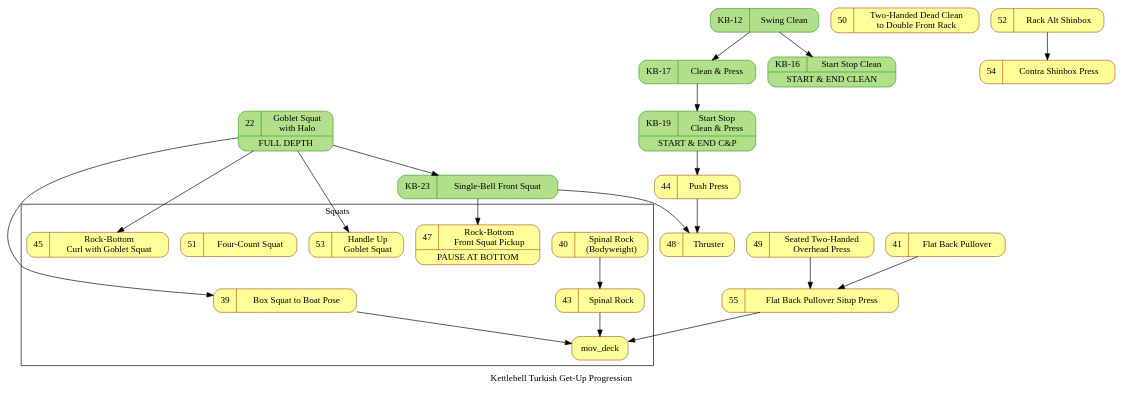
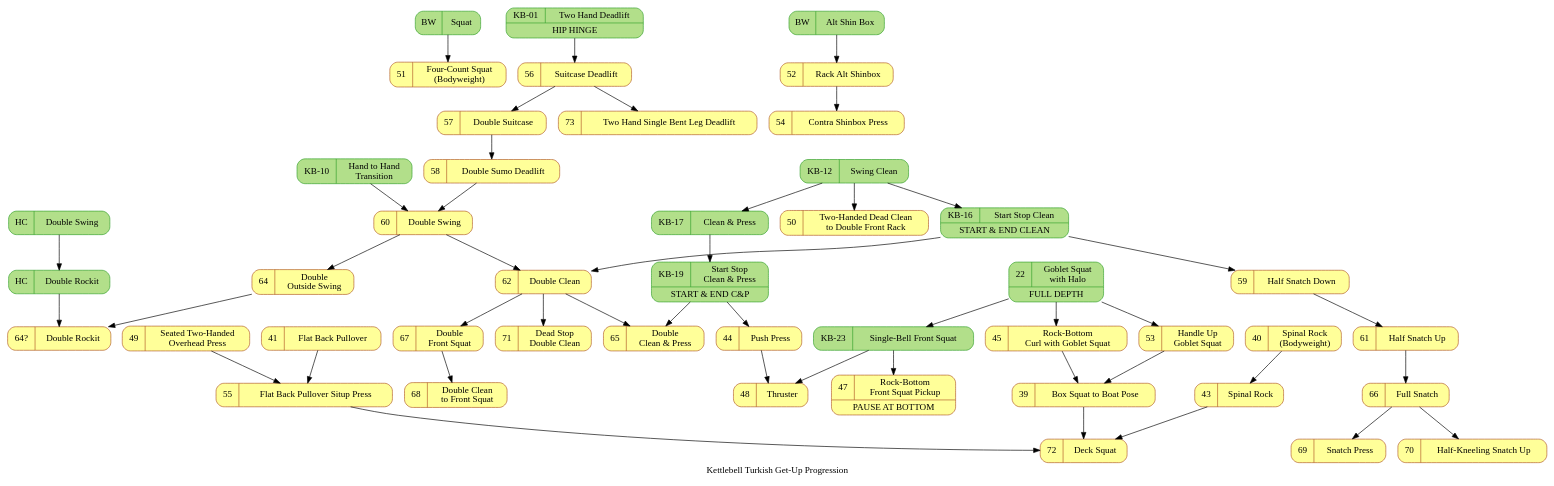
One commit to dznz/wildman-skill-trees changed the diagram in kb_progression_3.gv. Above: the diagram before and after it, drawn with Graphviz. The commit also changed 1 other file, not shown here.

```diff
--- a/kb_progression_3.gv
+++ b/kb_progression_3.gv
@@ -1,77 +1,132 @@
 digraph kb_progression {
   // Kettlebell Turkish Get-Up Progression Diagram © 2023
   // by dznz using knowledge from Mark Wildman is licensed
   // under CC BY-NC-SA 4.0 
   // http://creativecommons.org/licenses/by-nc-sa/4.0/
   label="Kettlebell Turkish Get-Up Progression"
   node [colorscheme="paired12"]
   node [shape=record]
   node [style="rounded,filled"]
   node [color=12, fillcolor=11]
 
   subgraph pre {
     node [color=4, fillcolor=3]
-    mov_gobsquathalo -> mov_racksquat
-    mov_cap, mov_startstopcap
-    mov_clean, mov_startstopclean
+    ext_bw_squat       [label="{{BW|Squat}}"]
+    ext_hc_dblswing    [label="{{HC|Double Swing}}"]
+    ext_hc_dblrockit   [label="{{HC|Double Rockit}}"]
+    ext_bw_altshinbox  [label="{{BW|Alt Shin Box}}"]
+    mov_deadlift       [label="{{KB-01|Two Hand Deadlift}|HIP HINGE}"               URL="https://www.youtube.com/watch?v=x0XkmM34BPI&list=PLk4oYPJ7TXKhX8YqA2AVrfgs_pEF6p7KA&index=1"];
+    mov_h2h            [label="{{KB-10|Hand to Hand\nTransition}}"                  URL="https://www.youtube.com/watch?v=0Uk0Rdm3QFs&list=PLk4oYPJ7TXKhX8YqA2AVrfgs_pEF6p7KA&index=10"]
+    mov_clean          [label="KB-12|Swing Clean"                                   URL="https://www.youtube.com/watch?v=_nIsSXWs5iU&list=PLk4oYPJ7TXKhX8YqA2AVrfgs_pEF6p7KA&index=12"]
+    mov_startstopclean [label="{{KB-16|Start Stop Clean}|START & END CLEAN}"        URL="https://www.youtube.com/watch?v=XbK3jxI0WNQ&list=PLk4oYPJ7TXKhX8YqA2AVrfgs_pEF6p7KA&index=16"]
+    mov_cap            [label="KB-17|Clean & Press"                                 URL="https://www.youtube.com/watch?v=SSxB3m5qRas&list=PLk4oYPJ7TXKhX8YqA2AVrfgs_pEF6p7KA&index=17"]
+    mov_startstopcap   [label="{{KB-19|Start Stop\nClean & Press}|START & END C&P}" URL="https://www.youtube.com/watch?v=dSj3kqbuois&list=PLk4oYPJ7TXKhX8YqA2AVrfgs_pEF6p7KA&index=19"]
+    mov_gobsquathalo   [label="{{22|Goblet Squat\nwith Halo}|FULL DEPTH}"           URL="https://www.youtube.com/watch?v=cnZ8Mx8NQPE&list=PLk4oYPJ7TXKhX8YqA2AVrfgs_pEF6p7KA&index=22"]
+    mov_racksquat      [label="{{KB-23|Single-Bell Front Squat}}"                   URL="https://www.youtube.com/watch?v=KTDVl0Lkdc4&list=PLk4oYPJ7TXKhX8YqA2AVrfgs_pEF6p7KA&index=23"]
   }
 
-  
-  // Precursor drills 
-  mov_clean [label="KB-12|Swing Clean" URL="https://www.youtube.com/watch?v=_nIsSXWs5iU&list=PLk4oYPJ7TXKhX8YqA2AVrfgs_pEF6p7KA&index=12"]
-  mov_startstopclean [label="{{KB-16|Start Stop Clean}|START & END CLEAN}" URL="https://www.youtube.com/watch?v=XbK3jxI0WNQ&list=PLk4oYPJ7TXKhX8YqA2AVrfgs_pEF6p7KA&index=16"]
-  mov_cap [label="KB-17|Clean & Press" URL="https://www.youtube.com/watch?v=SSxB3m5qRas&list=PLk4oYPJ7TXKhX8YqA2AVrfgs_pEF6p7KA&index=17"]
-  mov_startstopcap [label="{{KB-19|Start Stop\nClean & Press}|START & END C&P}" URL="https://www.youtube.com/watch?v=dSj3kqbuois&list=PLk4oYPJ7TXKhX8YqA2AVrfgs_pEF6p7KA&index=19"]
-  mov_gobsquathalo [label="{{22|Goblet Squat\nwith Halo}|FULL DEPTH}" URL="https://www.youtube.com/watch?v=cnZ8Mx8NQPE&list=PLk4oYPJ7TXKhX8YqA2AVrfgs_pEF6p7KA&index=22"]
-  mov_racksquat [label="{{KB-23|Single-Bell Front Squat}}" URL="https://www.youtube.com/watch?v=KTDVl0Lkdc4&list=PLk4oYPJ7TXKhX8YqA2AVrfgs_pEF6p7KA&index=23"]
-
-  mov_boxsquat2boat [label="{{39|Box Squat to Boat Pose}}" URL="https://www.youtube.com/watch?v=KTDVl0Lkdc4&list=PLk4oYPJ7TXKhX8YqA2AVrfgs_pEF6p7KA&index=41"]
-  mov_bwspinalrock [label="{{40|Spinal Rock\n(Bodyweight)}}" URL="https://www.youtube.com/watch?v=KTDVl0Lkdc4&list=PLk4oYPJ7TXKhX8YqA2AVrfgs_pEF6p7KA&index=42"]
-  mov_flatbackpullover [label="{{41|Flat Back Pullover}}" URL="https://www.youtube.com/watch?v=KTDVl0Lkdc4&list=PLk4oYPJ7TXKhX8YqA2AVrfgs_pEF6p7KA&index=43"]
+  mov_boxsquat2boat      [label="{{39|Box Squat to Boat Pose}}"              URL="https://www.youtube.com/watch?v=KTDVl0Lkdc4&list=PLk4oYPJ7TXKhX8YqA2AVrfgs_pEF6p7KA&index=41"]
+  mov_bwspinalrock       [label="{{40|Spinal Rock\n(Bodyweight)}}"           URL="https://www.youtube.com/watch?v=KTDVl0Lkdc4&list=PLk4oYPJ7TXKhX8YqA2AVrfgs_pEF6p7KA&index=42"]
+  mov_flatbackpullover   [label="{{41|Flat Back Pullover}}"                  URL="https://www.youtube.com/watch?v=KTDVl0Lkdc4&list=PLk4oYPJ7TXKhX8YqA2AVrfgs_pEF6p7KA&index=43"]
   // 42 in TGU diagram
-  mov_spinalrock [label="{{43|Spinal Rock}}" URL="https://www.youtube.com/watch?v=KTDVl0Lkdc4&list=PLk4oYPJ7TXKhX8YqA2AVrfgs_pEF6p7KA&index=48"]
-  mov_pushpress [label="{{44|Push Press}}" URL="https://www.youtube.com/watch?v=KTDVl0Lkdc4&list=PLk4oYPJ7TXKhX8YqA2AVrfgs_pEF6p7KA&index=49"]
-  mov_gobsquatcurl [label="{{45|Rock-Bottom\nCurl with Goblet Squat}}" URL="https://www.youtube.com/watch?v=KTDVl0Lkdc4&list=PLk4oYPJ7TXKhX8YqA2AVrfgs_pEF6p7KA&index=50"]
+  mov_spinalrock         [label="{{43|Spinal Rock}}"                         URL="https://www.youtube.com/watch?v=KTDVl0Lkdc4&list=PLk4oYPJ7TXKhX8YqA2AVrfgs_pEF6p7KA&index=48"]
+  mov_pushpress          [label="{{44|Push Press}}"                          URL="https://www.youtube.com/watch?v=KTDVl0Lkdc4&list=PLk4oYPJ7TXKhX8YqA2AVrfgs_pEF6p7KA&index=49"]
+  mov_gobsquatcurl       [label="{{45|Rock-Bottom\nCurl with Goblet Squat}}" URL="https://www.youtube.com/watch?v=KTDVl0Lkdc4&list=PLk4oYPJ7TXKhX8YqA2AVrfgs_pEF6p7KA&index=50"]
   // Missing 46
-  mov_racksquatpickup [label="{{47|Rock-Bottom\nFront Squat Pickup}|PAUSE AT BOTTOM}" URL="https://www.youtube.com/watch?v=KTDVl0Lkdc4&list=PLk4oYPJ7TXKhX8YqA2AVrfgs_pEF6p7KA&index=52"]
-  mov_thruster [label="{{48|Thruster}}" URL="https://www.youtube.com/watch?v=KTDVl0Lkdc4&list=PLk4oYPJ7TXKhX8YqA2AVrfgs_pEF6p7KA&index=48"]
-  mov_seatedpress [label="{{49|Seated Two-Handed\nOverhead Press}}" URL="https://www.youtube.com/watch?v=KTDVl0Lkdc4&list=PLk4oYPJ7TXKhX8YqA2AVrfgs_pEF6p7KA&index=54"]
-  mov_2hdeadclean2rack [label="{{50|Two-Handed Dead Clean\nto Double Front Rack}}" URL="https://www.youtube.com/watch?v=KTDVl0Lkdc4&list=PLk4oYPJ7TXKhX8YqA2AVrfgs_pEF6p7KA&index=55"]
-  mov_fourcountsquat [label="{{51|Four-Count Squat}}" URL="https://www.youtube.com/watch?v=1rkGfL1EdWI"]
-  mov_rackaltshinbox [label="{{52|Rack Alt Shinbox}}" URL="https://www.youtube.com/watch?v=AoEYX36Q2Zg"]
-  mov_hornygobsquat [label="{{53|Handle Up\nGoblet Squat}}" URL="https://www.youtube.com/watch?v=i2AtDi4yZSA"]
-  mov_shinboxpress [label="{{54|Contra Shinbox Press}}" URL="https://www.youtube.com/watch?v=FEbi2lKVEHU"]
-  mov_backpullsituppress [label="{{55|Flat Back Pullover Situp Press}}" URL="https://www.youtube.com/watch?v=KTDVl0Lkdc4&list=PLk4oYPJ7TXKhX8YqA2AVrfgs_pEF6p7KA&index=57"]
+  mov_racksquatpickup    [label="{{47|Rock-Bottom\nFront Squat Pickup}|PAUSE AT BOTTOM}" URL="https://www.youtube.com/watch?v=KTDVl0Lkdc4&list=PLk4oYPJ7TXKhX8YqA2AVrfgs_pEF6p7KA&index=52"]
+  mov_thruster           [label="{{48|Thruster}}"                                        URL="https://www.youtube.com/watch?v=KTDVl0Lkdc4&list=PLk4oYPJ7TXKhX8YqA2AVrfgs_pEF6p7KA&index=48"]
+  mov_seatedpress        [label="{{49|Seated Two-Handed\nOverhead Press}}"               URL="https://www.youtube.com/watch?v=KTDVl0Lkdc4&list=PLk4oYPJ7TXKhX8YqA2AVrfgs_pEF6p7KA&index=54"]
+  mov_2hdeadclean2rack   [label="{{50|Two-Handed Dead Clean\nto Double Front Rack}}"     URL="https://www.youtube.com/watch?v=acqKxfMGAbk&list=PLk4oYPJ7TXKhX8YqA2AVrfgs_pEF6p7KA&index=55"]
+  mov_fourcountsquat     [label="{{51|Four-Count Squat\n(Bodyweight)}}"                  URL="https://www.youtube.com/watch?v=1rkGfL1EdWI"]
+  mov_rackaltshinbox     [label="{{52|Rack Alt Shinbox}}"                                URL="https://www.youtube.com/watch?v=AoEYX36Q2Zg"]
+  mov_hornygobsquat      [label="{{53|Handle Up\nGoblet Squat}}"                         URL="https://www.youtube.com/watch?v=i2AtDi4yZSA"]
+  mov_shinboxpress       [label="{{54|Contra Shinbox Press}}"                            URL="https://www.youtube.com/watch?v=FEbi2lKVEHU"]
+  mov_backpullsituppress [label="{{55|Flat Back Pullover Situp Press}}"                  URL="https://www.youtube.com/watch?v=KTDVl0Lkdc4&list=PLk4oYPJ7TXKhX8YqA2AVrfgs_pEF6p7KA&index=57"]
+  mov_suitcasedl         [label="{{56|Suitcase Deadlift}}"                               URL="https://www.youtube.com/watch?v=d6i6MwVOmk0&list=PLk4oYPJ7TXKhX8YqA2AVrfgs_pEF6p7KA&index=58"];
+  mov_dblsuitcase        [label="{{57|Double Suitcase}}"                                 URL="https://www.youtube.com/watch?v=4PSOSrDcGfc&list=PLk4oYPJ7TXKhX8YqA2AVrfgs_pEF6p7KA&index=59"];
+  mov_dblsumodl          [label="{{58|Double Sumo Deadlift}}"                            URL="https://www.youtube.com/watch?v=gdutIla6nMw"];
+  mov_halfsnatchdown     [label="{{59|Half Snatch Down}}"                                URL="https://www.youtube.com/watch?v=u2NbMtX_Rb0&list=PLk4oYPJ7TXKhX8YqA2AVrfgs_pEF6p7KA&index=60"];
+  mov_dblswing           [label="{{60|Double Swing}}"                                    URL="https://www.youtube.com/watch?v=P5IFTJySA_s&list=PLk4oYPJ7TXKhX8YqA2AVrfgs_pEF6p7KA&index=61"];
+  mov_halfsnatchup       [label="{{61|Half Snatch Up}}"                                  URL="https://www.youtube.com/watch?v=3HEmUyLYjjc"];
+  mov_dblclean           [label="{{62|Double Clean}}"                                    URL="https://www.youtube.com/watch?v=Qe9ejhAtdGY&list=PLk4oYPJ7TXKhX8YqA2AVrfgs_pEF6p7KA&index=62"];
+  //63?
+  mov_dbloutswing        [label="{{64|Double\nOutside Swing}}"             URL="https://www.youtube.com/watch?v=yr_fRgGevsE"];
+  mov_dblrockit          [label="{{64?|Double Rockit}}"                    URL="https://www.youtube.com/watch?v=zXB6hFrrBkA&list=PLk4oYPJ7TXKhX8YqA2AVrfgs_pEF6p7KA&index=63"];
+  mov_dblcap             [label="{{65|Double\nClean & Press}}"             URL="https://www.youtube.com/watch?v=RizGV8ef--s"];
+  mov_snatch             [label="{{66|Full Snatch}}"                       URL="https://www.youtube.com/watch?v=f-zkPiAlpQw&list=PLk4oYPJ7TXKhX8YqA2AVrfgs_pEF6p7KA&index=65"];
+  mov_dblsquat           [label="{{67|Double\nFront Squat}}"               URL="https://www.youtube.com/watch?v=dX5yXJa5Dm0&list=PLk4oYPJ7TXKhX8YqA2AVrfgs_pEF6p7KA&index=66"];
+  mov_dblclean2squat     [label="{{68|Double Clean\nto Front Squat}}"      URL="https://www.youtube.com/watch?v=R3s6Wb_ApHM"];
+  mov_snatchpress        [label="{{69|Snatch Press}}"                      URL="https://www.youtube.com/watch?v=IzFPa_Q1yHM&list=PLk4oYPJ7TXKhX8YqA2AVrfgs_pEF6p7KA&index=67"];
+  mov_kneelsnatchup      [label="{{70|Half-Kneeling Snatch Up}}"           URL="https://www.youtube.com/watch?v=1_UrK5SopL4"];
+  mov_deaddblclean       [label="{{71|Dead Stop\nDouble Clean}}"           URL="https://www.youtube.com/watch?v=22bKQqMqAQY"];
+  mov_deck               [label="{{72|Deck Squat}}"                        URL="https://www.youtube.com/watch?v=vUJ3sZVwZ4Y"];
+  mov_2hsbldl            [label="{{73|Two Hand Single Bent Leg Deadlift}}" URL="https://www.youtube.com/watch?v=-RD1qqe7P8M"];
 
   // Precursor dependencies
+  ext_bw_squat -> mov_fourcountsquat
+  ext_bw_altshinbox -> mov_rackaltshinbox;
+  ext_hc_dblswing -> ext_hc_dblrockit;
+  ext_hc_dblrockit -> mov_dblrockit;
+  mov_h2h -> mov_dblswing;
+  mov_gobsquathalo -> mov_racksquat;
   mov_clean -> mov_startstopclean;
+  mov_clean -> mov_2hdeadclean2rack;
   mov_clean -> mov_cap;
   mov_cap -> mov_startstopcap;
   mov_startstopcap -> mov_pushpress;
-  mov_gobsquathalo -> mov_boxsquat2boat;
+  mov_gobsquatcurl -> mov_boxsquat2boat;
+  mov_hornygobsquat -> mov_boxsquat2boat;
   mov_gobsquathalo -> mov_gobsquatcurl;
   mov_gobsquathalo -> mov_hornygobsquat;
   mov_racksquat -> mov_racksquatpickup;
   mov_racksquat -> mov_thruster;
-
-  mov_pushpress -> mov_thruster;
-
-  mov_flatbackpullover -> mov_backpullsituppress;
-  mov_seatedpress -> mov_backpullsituppress;
-  mov_backpullsituppress -> mov_deck;
-
-  mov_rackaltshinbox -> mov_shinboxpress
+  mov_startstopclean -> mov_dblclean;
+  mov_startstopclean -> mov_halfsnatchdown;
+  mov_startstopcap -> mov_dblcap;
+  mov_deadlift -> mov_suitcasedl;
 
 
-  // Squats
-  subgraph cluster_squat {
-    label="Squats"
+  // Ungrouped drills
+  mov_pushpress -> mov_thruster;
+  mov_backpullsituppress -> mov_deck;
+  mov_suitcasedl -> mov_dblsuitcase;
+  mov_suitcasedl -> mov_2hsbldl;
+
+  subgraph custer_double {
+    label="Doubles"
+    mov_dbloutswing -> mov_dblrockit
+    mov_dblsuitcase -> mov_dblsumodl;
+    mov_dblswing -> mov_dblclean;
+    mov_dblclean -> mov_dblcap;
+    mov_dblclean -> mov_dblsquat;
+    mov_dblsquat -> mov_dblclean2squat;
+    mov_dblclean -> mov_deaddblclean;
+    mov_dblsumodl -> mov_dblswing;
+    mov_dblswing -> mov_dbloutswing;
+  }
+
+  subgraph custer_snatch {
+    label="Snatch"
+    mov_halfsnatchdown -> mov_halfsnatchup -> mov_snatch;
+    mov_snatch -> mov_snatchpress;
+    mov_snatch -> mov_kneelsnatchup;
+  }
+
+  subgraph custer_squat {
+    label="Squats & Getup"
+
+    // Getups
+    mov_rackaltshinbox -> mov_shinboxpress
+    mov_flatbackpullover -> mov_backpullsituppress;
+    mov_seatedpress -> mov_backpullsituppress;
+
+    // Squats
     mov_boxsquat2boat -> mov_deck;
     mov_bwspinalrock -> mov_spinalrock;
     mov_spinalrock -> mov_deck;
     mov_gobsquatcurl
     mov_racksquatpickup
     mov_fourcountsquat
     mov_hornygobsquat
   }
 }
```
